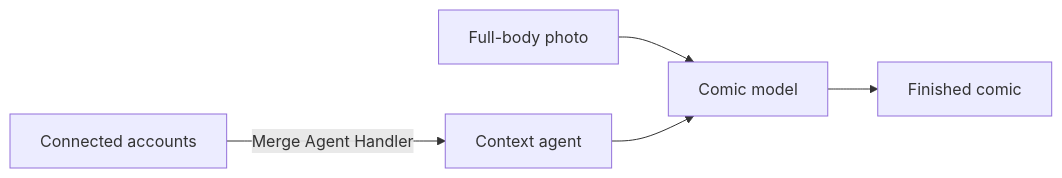
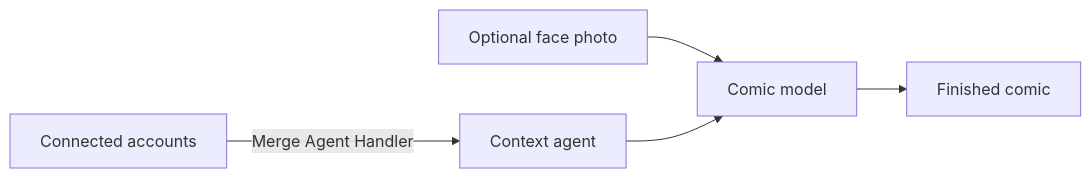
The diagram in README.md (ecrindigital/corgi-hackathon), drawn with Mermaid before and after one commit. The commit also changed other lines of this file and 17 other files, not shown here.

````diff
--- a/README.md
+++ b/README.md
@@ -35,7 +40,7 @@
 ```mermaid
 flowchart LR
     A["Connected accounts"] -->|"Merge Agent Handler"| B["Context agent"]
-    C["Full-body photo"] --> D["Comic model"]
+    C["Optional face photo"] --> D["Comic model"]
     B --> D
     D --> E["Finished comic"]
 ```
````
